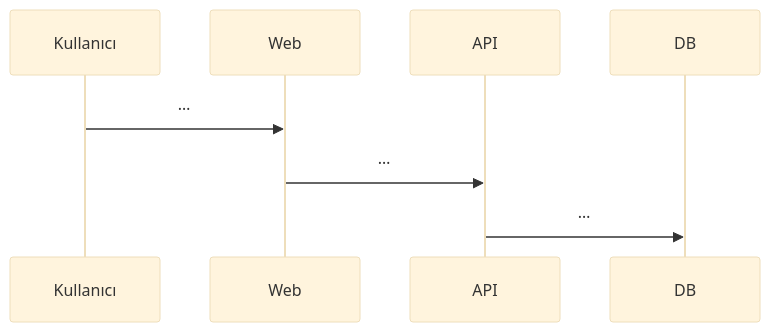
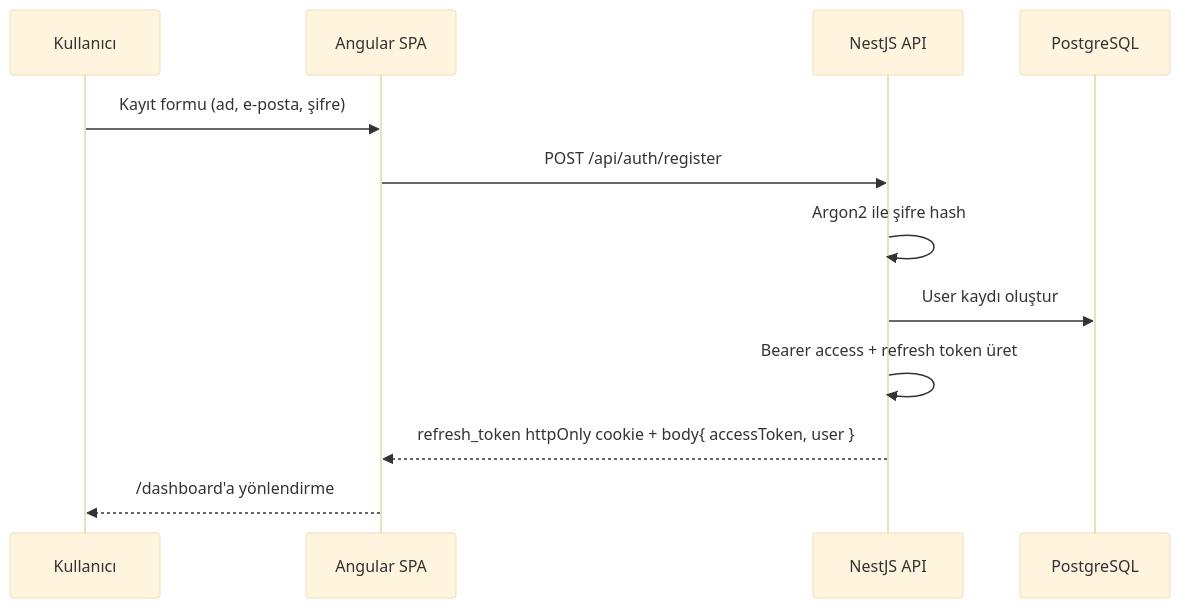
The third of 7 diagrams in PROJE-RAPORU.md (FKAV64/web-based-progrmming-end-of-year-project), drawn with Mermaid (base theme) before and after one commit. The commit also changed other lines of this file and 49 other files, not shown here.

````diff
--- a/PROJE-RAPORU.md
+++ b/PROJE-RAPORU.md
@@ -474,11 +715,15 @@
 ```mermaid
 sequenceDiagram
     participant U as Kullanıcı
-    participant W as Web
-    participant A as API
-    participant D as DB
+    participant W as Angular SPA
+    participant A as NestJS API
+    participant D as PostgreSQL
 
-    U->>W: …
-    W->>A: …
-    A->>D: …
+    U->>W: Kayıt formu (ad, e-posta, şifre)
+    W->>A: POST /api/auth/register
+    A->>A: Argon2 ile şifre hash
+    A->>D: User kaydı oluştur
+    A->>A: Bearer access + refresh token üret
+    A-->>W: refresh_token httpOnly cookie + body{ accessToken, user }
+    W-->>U: /dashboard'a yönlendirme
 ```
````
